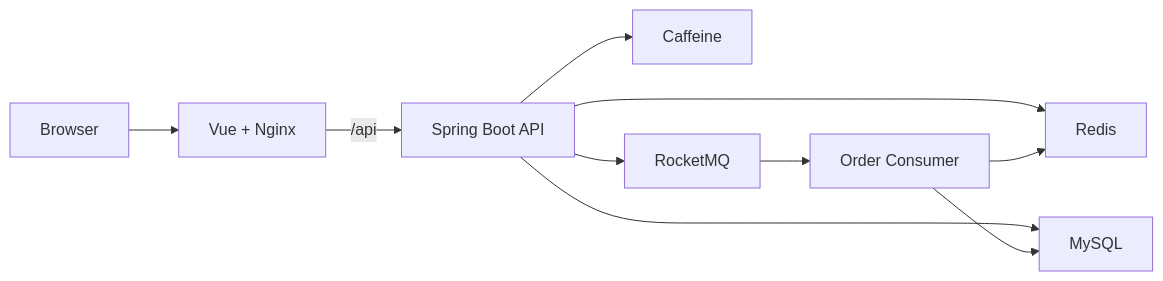
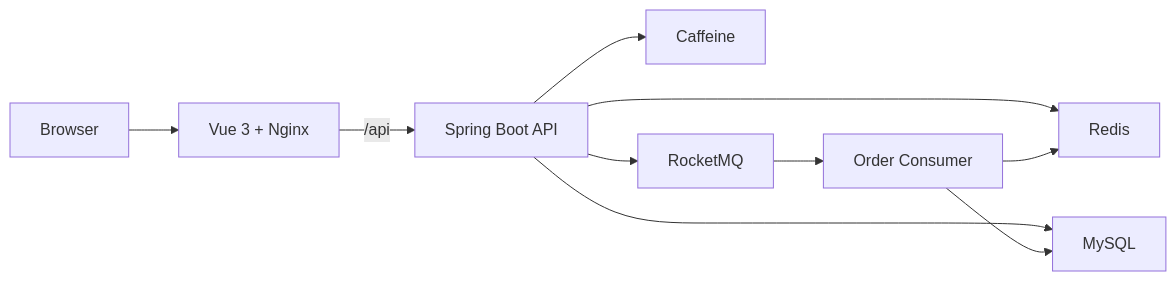
The diagram in README.md (1ike-m0on/life-service), drawn with Mermaid before and after one commit. The commit also changed other lines of this file and 4 other files, not shown here.

````diff
--- a/README.md
+++ b/README.md
@@ -24,12 +43,12 @@
 ```mermaid
 flowchart LR
-    User["Browser"] --> Nginx["Vue + Nginx"]
-    Nginx -->|/api| Backend["Spring Boot API"]
+    Browser["Browser"] --> Frontend["Vue 3 + Nginx"]
+    Frontend -->|/api| Backend["Spring Boot API"]
     Backend --> LocalCache["Caffeine"]
     Backend --> Redis["Redis"]
     Backend --> MySQL["MySQL"]
     Backend --> MQ["RocketMQ"]
     MQ --> Consumer["Order Consumer"]
     Consumer --> MySQL
     Consumer --> Redis
 ```
````
